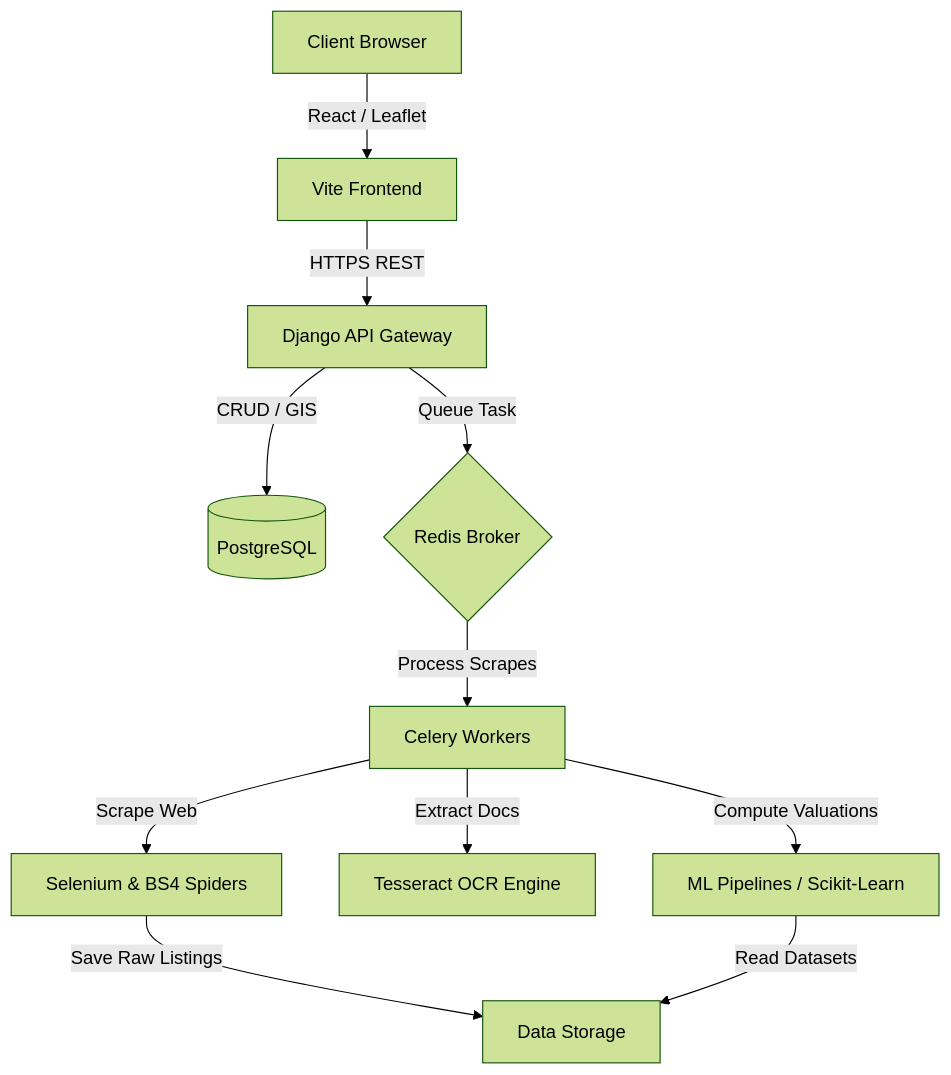
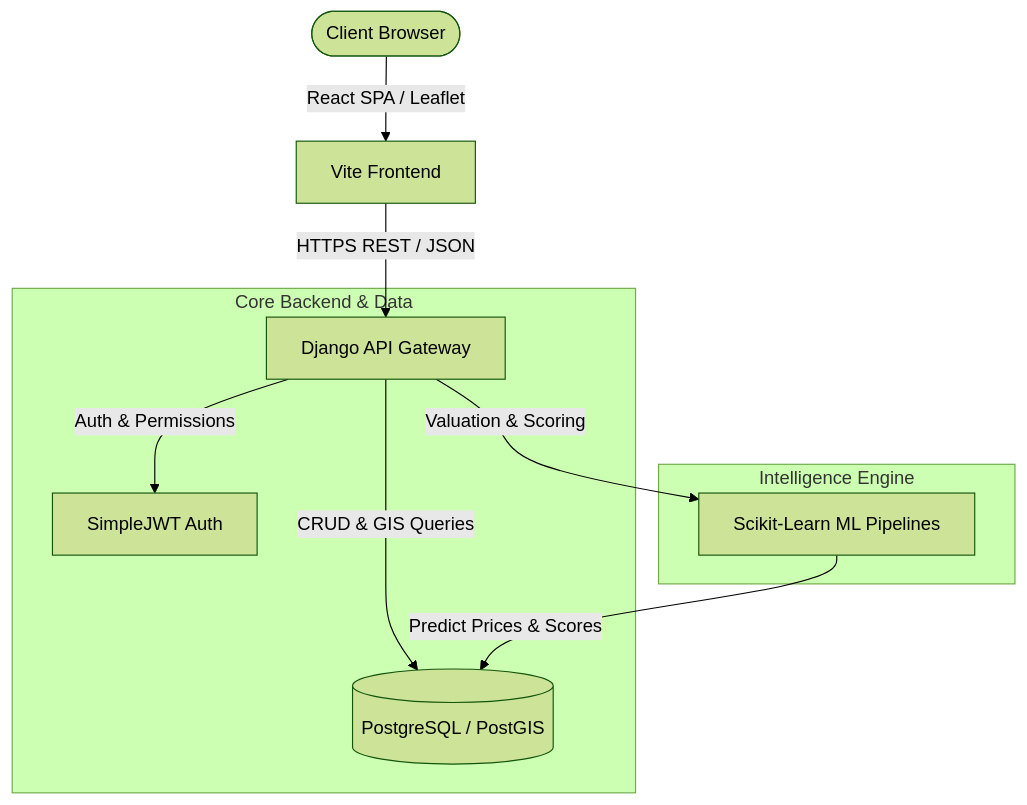
One commit to Zaidmemon5412/Verixa changed the diagram in README.md. Above: the diagram before and after it, drawn with Mermaid (forest theme). The commit also changed other lines of this file and 1 other file, not shown here.

````diff
--- a/README.md
+++ b/README.md
@@ -19,13 +70,15 @@
 ```mermaid
 graph TD
-    User[Client Browser] -->|React / Leaflet| Frontend[Vite Frontend]
-    Frontend -->|HTTPS REST| Backend[Django API Gateway]
-    Backend -->|CRUD / GIS| DB[(PostgreSQL)]
-    Backend -->|Queue Task| Redis{Redis Broker}
-    Redis -->|Process Scrapes| Celery[Celery Workers]
-    Celery -->|Scrape Web| Scrapers[Selenium & BS4 Spiders]
-    Scrapers -->|Save Raw Listings| Datasets[Data Storage]
-    Celery -->|Extract Docs| OCR[Tesseract OCR Engine]
-    Celery -->|Compute Valuations| ML[ML Pipelines / Scikit-Learn]
-    ML -->|Read Datasets| Datasets
+    User([Client Browser]) -->|React SPA / Leaflet| Frontend[Vite Frontend]
+    Frontend -->|HTTPS REST / JSON| Backend[Django API Gateway]
+    
+    subgraph Core Backend & Data
+        Backend -->|Auth & Permissions| Auth[SimpleJWT Auth]
+        Backend -->|CRUD & GIS Queries| DB[(PostgreSQL / PostGIS)]
+    end
+    
+    subgraph Intelligence Engine
+        Backend -->|Valuation & Scoring| ML[Scikit-Learn ML Pipelines]
+        ML -->|Predict Prices & Scores| DB
+    end
 ```
````
